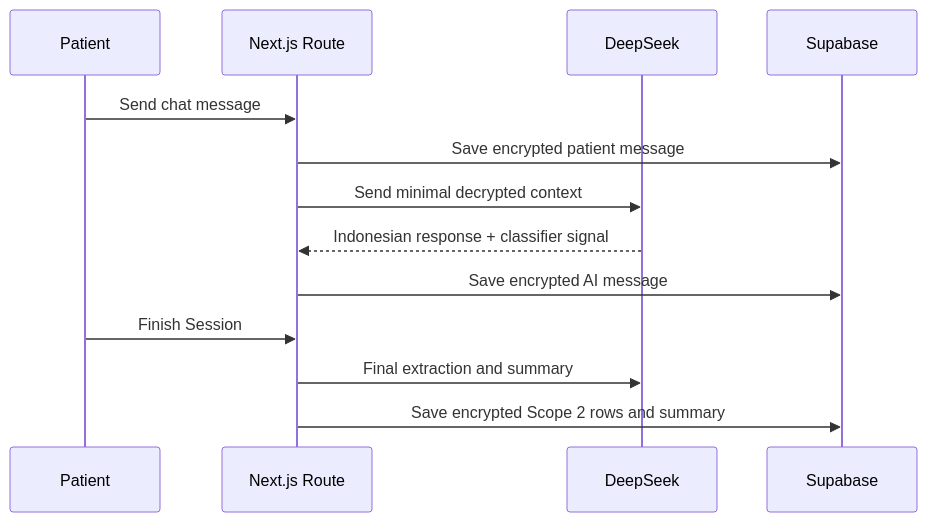
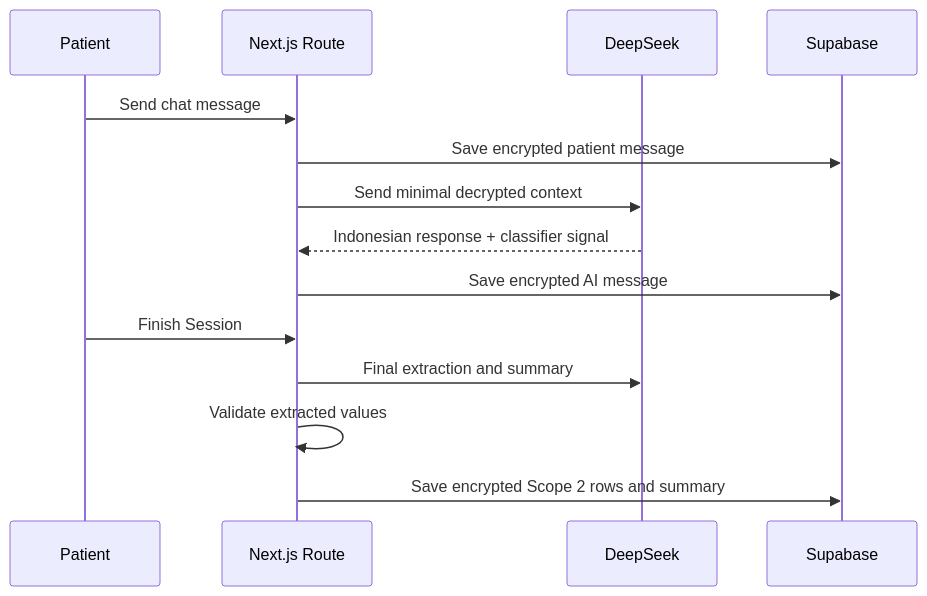
One commit to ranggabiner/technofest changed the second of 2 diagrams in plans/sprint-01/03-patient-ai-journaling.md. Above: the diagram before and after it, drawn with Mermaid. The commit also changed other lines of this file and 9 other files, not shown here.

````diff
--- a/plans/sprint-01/03-patient-ai-journaling.md
+++ b/plans/sprint-01/03-patient-ai-journaling.md
@@ -118,15 +298,16 @@
 ```mermaid
 sequenceDiagram
   participant P as Patient
   participant App as Next.js Route
   participant AI as DeepSeek
   participant DB as Supabase
   P->>App: Send chat message
   App->>DB: Save encrypted patient message
   App->>AI: Send minimal decrypted context
   AI-->>App: Indonesian response + classifier signal
   App->>DB: Save encrypted AI message
   P->>App: Finish Session
   App->>AI: Final extraction and summary
+  App->>App: Validate extracted values
   App->>DB: Save encrypted Scope 2 rows and summary
 ```
````
